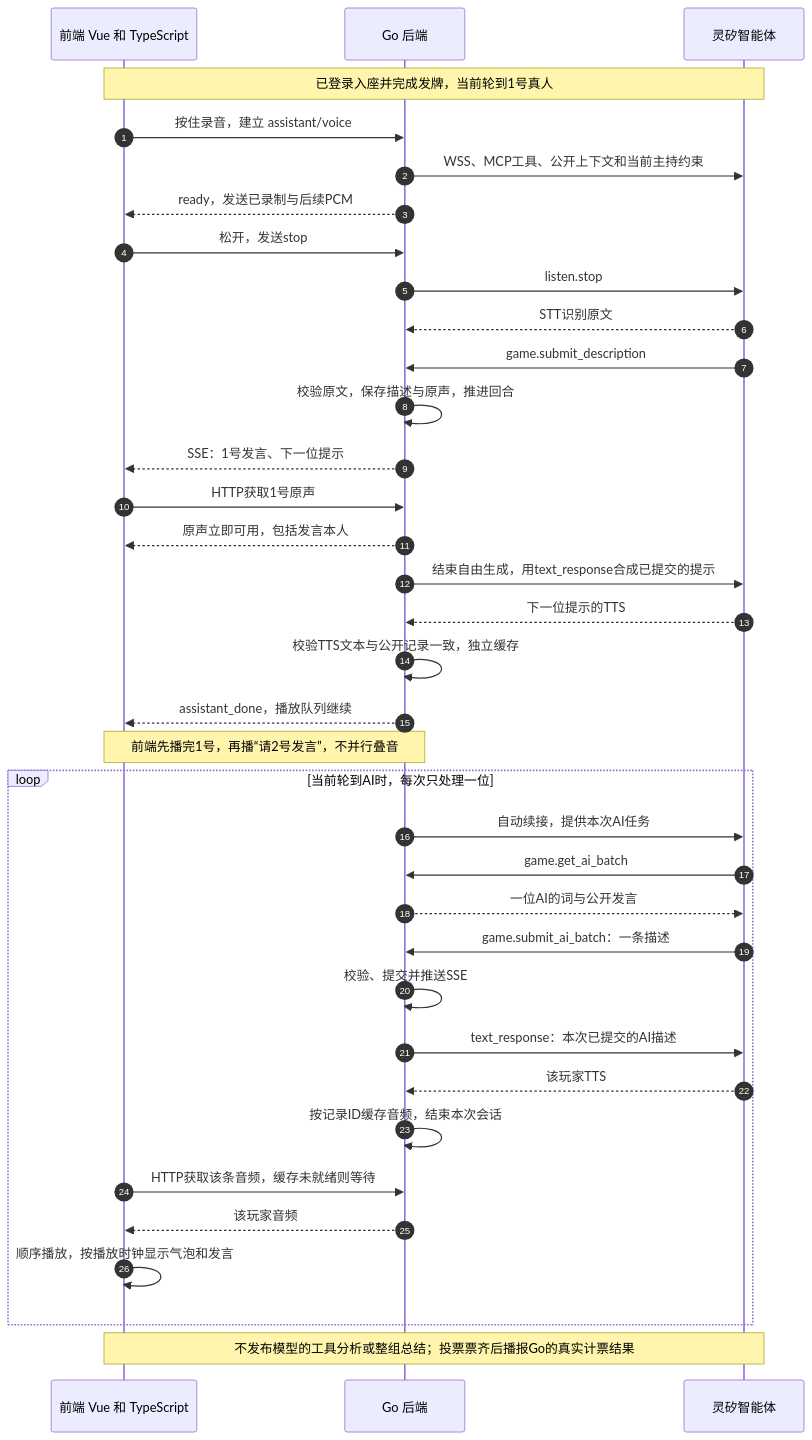
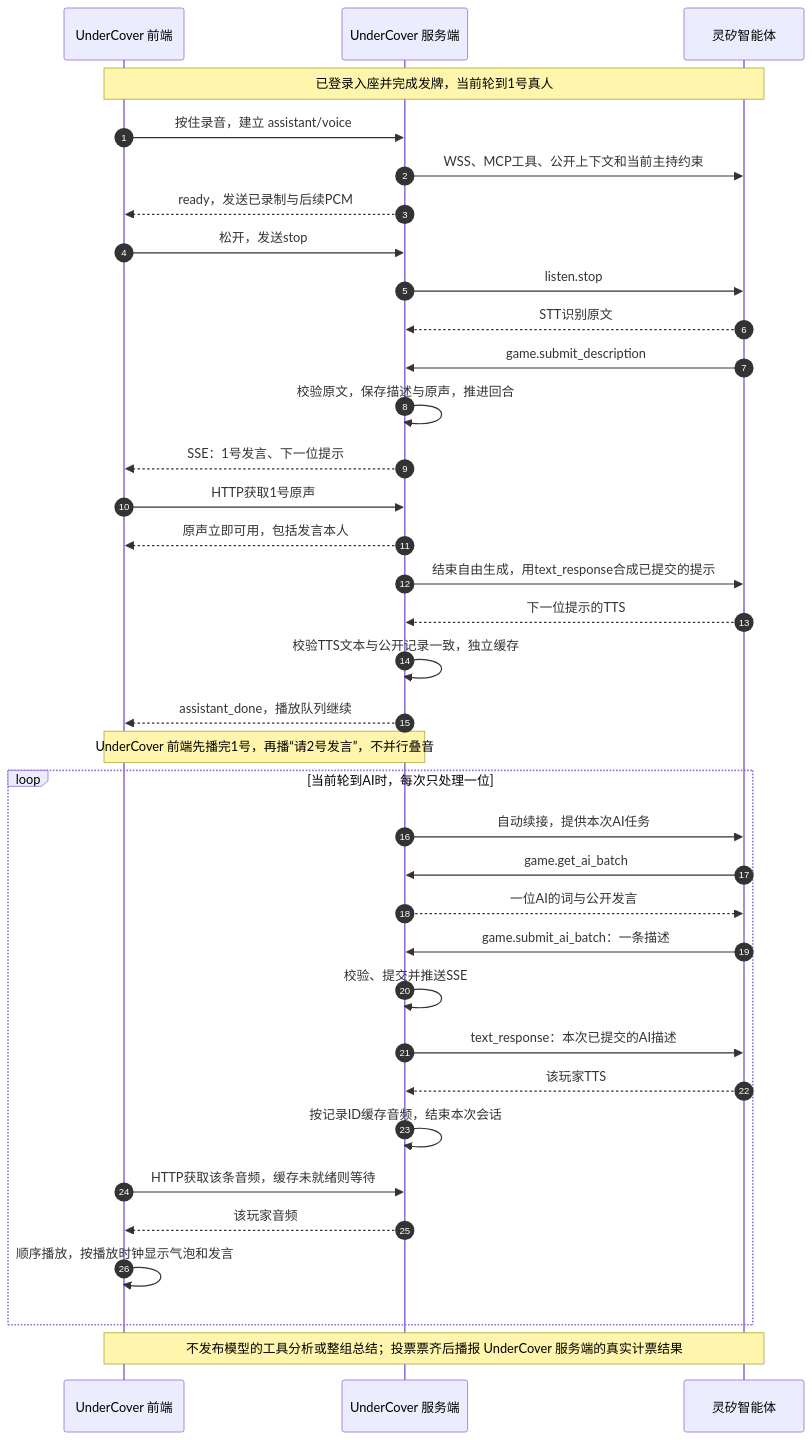
Before and after one commit to go-wyvern/undercover: the diagram in docs/architecture.md, drawn with Mermaid. The commit also changed other lines of this file and 4 other files, not shown here.

First line of the commit message:
refactor: Update architecture and interaction diagrams to reflect UnderCover branding

````diff
--- a/docs/architecture.md
+++ b/docs/architecture.md
@@ -21,38 +21,38 @@
 ```mermaid
 sequenceDiagram
     autonumber
-    participant F as 前端 Vue 和 TypeScript
-    participant G as Go 后端
+    participant F as UnderCover 前端
+    participant G as UnderCover 服务端
     participant L as 灵矽智能体
     Note over F,L: 已登录入座并完成发牌，当前轮到1号真人
     F->>G: 按住录音，建立 assistant/voice
     G->>L: WSS、MCP工具、公开上下文和当前主持约束
     G-->>F: ready，发送已录制与后续PCM
     F->>G: 松开，发送stop
     G->>L: listen.stop
     L-->>G: STT识别原文
     L->>G: game.submit_description
     G->>G: 校验原文，保存描述与原声，推进回合
     G-->>F: SSE：1号发言、下一位提示
     F->>G: HTTP获取1号原声
     G-->>F: 原声立即可用，包括发言本人
     G->>L: 结束自由生成，用text_response合成已提交的提示
     L-->>G: 下一位提示的TTS
     G->>G: 校验TTS文本与公开记录一致，独立缓存
     G-->>F: assistant_done，播放队列继续
-    Note over F,G: 前端先播完1号，再播“请2号发言”，不并行叠音
+    Note over F,G: UnderCover 前端先播完1号，再播“请2号发言”，不并行叠音
     loop 当前轮到AI时，每次只处理一位
         G->>L: 自动续接，提供本次AI任务
         L->>G: game.get_ai_batch
         G-->>L: 一位AI的词与公开发言
         L->>G: game.submit_ai_batch：一条描述
         G->>G: 校验、提交并推送SSE
         G->>L: text_response：本次已提交的AI描述
         L-->>G: 该玩家TTS
         G->>G: 按记录ID缓存音频，结束本次会话
         F->>G: HTTP获取该条音频，缓存未就绪则等待
         G-->>F: 该玩家音频
         F->>F: 顺序播放，按播放时钟显示气泡和发言
     end
-    Note over F,L: 不发布模型的工具分析或整组总结；投票票齐后播报Go的真实计票结果
+    Note over F,L: 不发布模型的工具分析或整组总结；投票票齐后播报 UnderCover 服务端的真实计票结果
 ```
````
